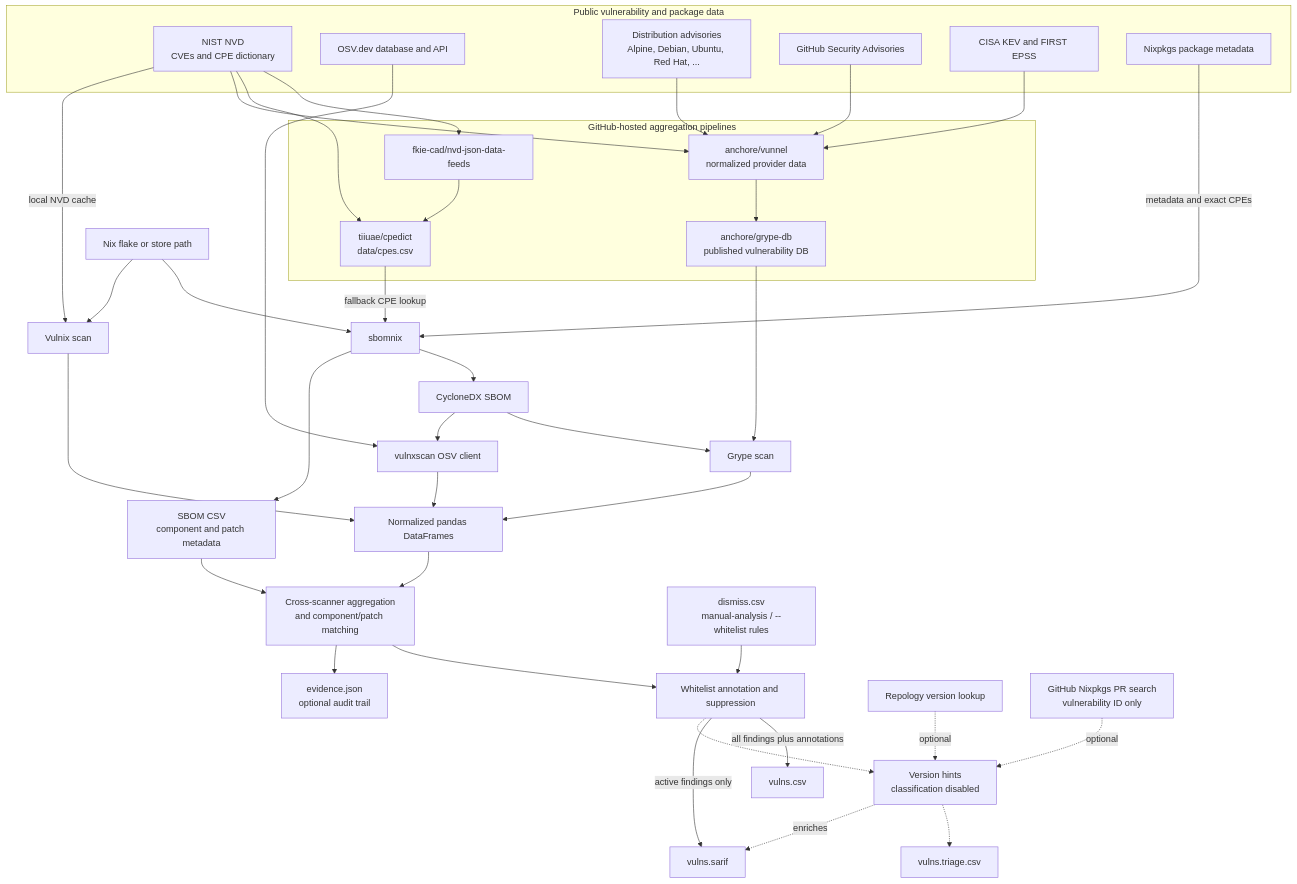
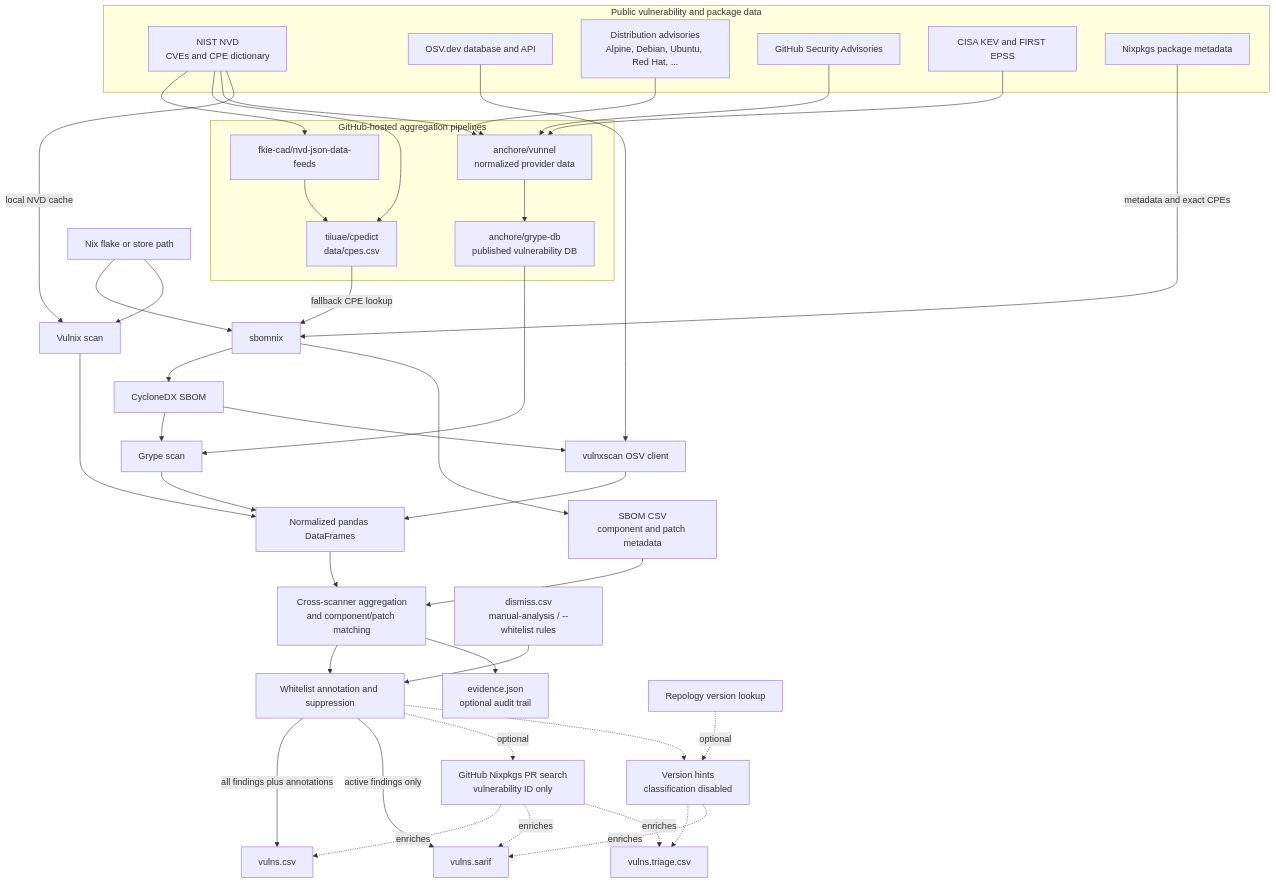
The diagram in doc/vulnxscan.md (tiiuae/sbomnix), drawn with Mermaid before and after one commit. The commit also changed other lines of this file and 13 other files, not shown here.

First line of the commit message:
vulnxscan: decouple nixpkgs PR lookup from triage

````diff
--- a/doc/vulnxscan.md
+++ b/doc/vulnxscan.md
@@ -54,57 +54,60 @@
 ```mermaid
 flowchart TB
     subgraph upstream["Public vulnerability and package data"]
         nvd["NIST NVD<br/>CVEs and CPE dictionary"]
         osvdb["OSV.dev database and API"]
         distro["Distribution advisories<br/>Alpine, Debian, Ubuntu, Red Hat, ..."]
         ghsa["GitHub Security Advisories"]
         auxiliary["CISA KEV and FIRST EPSS"]
         nixpkgs["Nixpkgs package metadata"]
     end
 
     subgraph published["GitHub-hosted aggregation pipelines"]
         nvdmirror["fkie-cad/nvd-json-data-feeds"]
         cpedict["tiiuae/cpedict<br/>data/cpes.csv"]
         vunnel["anchore/vunnel<br/>normalized provider data"]
         grypedb["anchore/grype-db<br/>published vulnerability DB"]
     end
 
     nvd --> nvdmirror --> cpedict
     nvd --> cpedict
     nvd --> vunnel
     distro --> vunnel
     ghsa --> vunnel
     auxiliary --> vunnel
     vunnel --> grypedb
 
     target["Nix flake or store path"] --> sbomnix["sbomnix"]
     nixpkgs -->|metadata and exact CPEs| sbomnix
     cpedict -->|fallback CPE lookup| sbomnix
     sbomnix --> cdx["CycloneDX SBOM"]
     sbomnix --> sbomcsv["SBOM CSV<br/>component and patch metadata"]
 
     cdx --> grype["Grype scan"]
     grypedb --> grype
     cdx --> osvclient["vulnxscan OSV client"]
     osvdb --> osvclient
     target --> vulnix["Vulnix scan"]
     nvd -->|local NVD cache| vulnix
 
     grype --> frames["Normalized pandas DataFrames"]
     osvclient --> frames
     vulnix --> frames
     frames --> matching["Cross-scanner aggregation<br/>and component/patch matching"]
     sbomcsv --> matching
 
     dismiss["dismiss.csv<br/>manual-analysis / --whitelist rules"] --> filtering["Whitelist annotation and suppression"]
     matching --> filtering
     matching --> evidence["evidence.json<br/>optional audit trail"]
     filtering -->|all findings plus annotations| csv["vulns.csv"]
     filtering -->|active findings only| sarif["vulns.sarif"]
 
     repology["Repology version lookup"] -. optional .-> triage["Version hints<br/>classification disabled"]
-    nixprs["GitHub Nixpkgs PR search<br/>vulnerability ID only"] -. optional .-> triage
+    filtering -. optional .-> nixprs["GitHub Nixpkgs PR search<br/>vulnerability ID only"]
+    nixprs -. enriches .-> csv
+    nixprs -. enriches .-> sarif
+    nixprs -. enriches .-> triagecsv
     filtering -.-> triage
     triage -.-> triagecsv["vulns.triage.csv"]
     triage -. enriches .-> sarif
 ```
````
